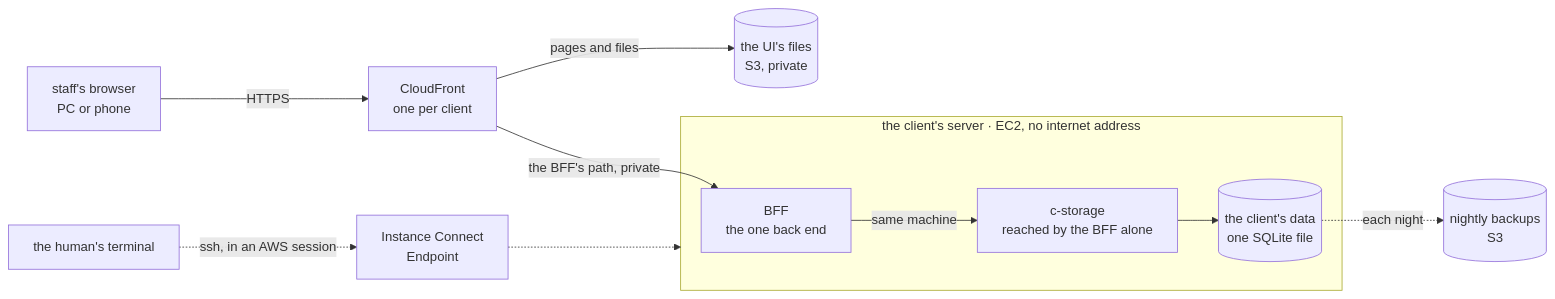
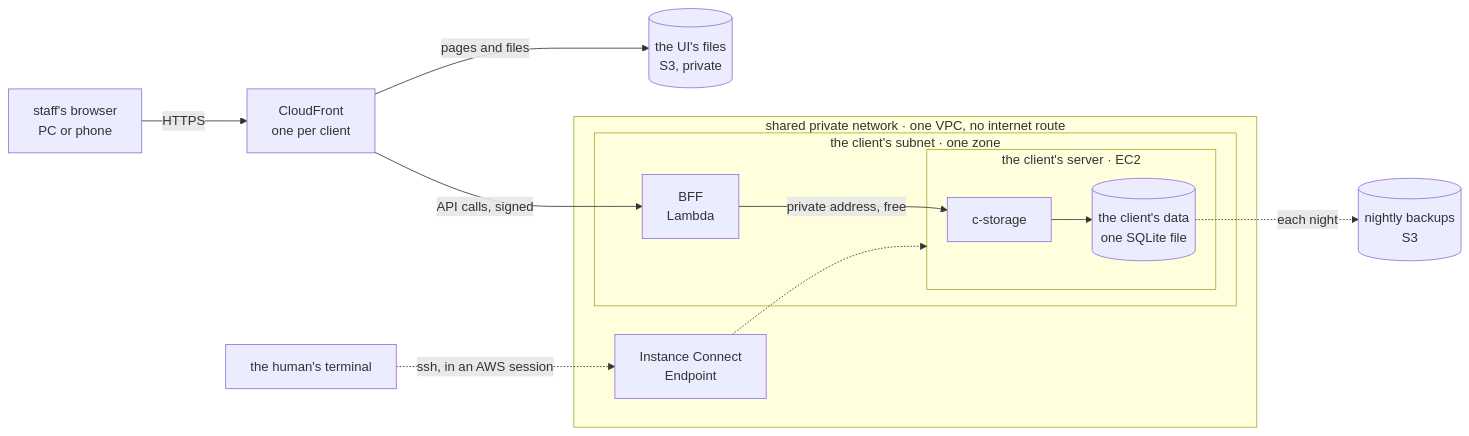
The diagram in docs/plans/2026-10-27-architecture.md (ancJ29/credo), drawn with Mermaid before and after one commit. The commit also changed other lines of this file and 1 other file, not shown here.

First line of the commit message:
docs(plan): the architecture revised — the BFF on Lambda in the box's VPC, after review

````diff
--- a/docs/plans/2026-10-27-architecture.md
+++ b/docs/plans/2026-10-27-architecture.md
@@ -11,22 +13,26 @@
 ```mermaid
 flowchart LR
   browser["staff's browser<br/>PC or phone"]
   cdn["CloudFront<br/>one per client"]
   ui[("the UI's files<br/>S3, private")]
-  subgraph box["the client's server · EC2, no internet address"]
-    bff["BFF<br/>the one back end"]
-    cs["c-storage<br/>reached by the BFF alone"]
-    db[("the client's data<br/>one SQLite file")]
+  subgraph vpc["shared private network · one VPC, no internet route"]
+    eice["Instance Connect<br/>Endpoint"]
+    subgraph sub["the client's subnet · one zone"]
+      bff["BFF<br/>Lambda"]
+      subgraph box["the client's server · EC2"]
+        cs["c-storage"]
+        db[("the client's data<br/>one SQLite file")]
+      end
+    end
   end
   backups[("nightly backups<br/>S3")]
   term["the human's terminal"]
-  eice["Instance Connect<br/>Endpoint"]
   browser -- "HTTPS" --> cdn
   cdn -- "pages and files" --> ui
-  cdn -- "the BFF's path, private" --> bff
-  bff -- "same machine" --> cs
+  cdn -- "API calls, signed" --> bff
+  bff -- "private address, free" --> cs
   cs --> db
   db -. "each night" .-> backups
   term -. "ssh, in an AWS session" .-> eice
   eice -.-> box
 ```
````
